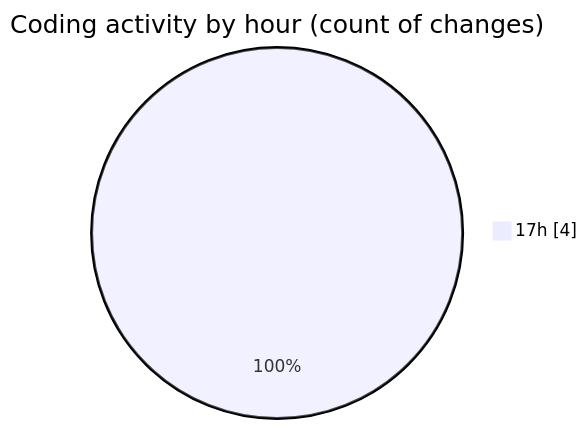
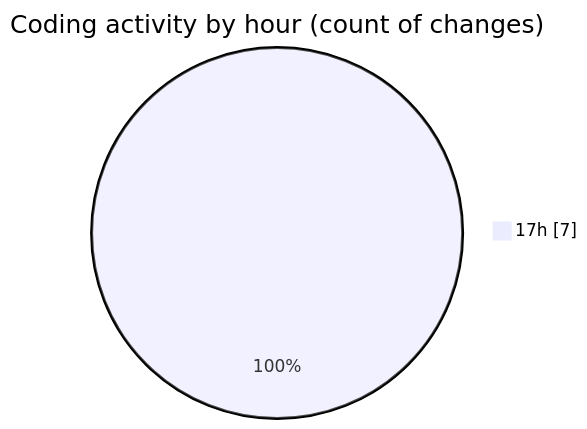
One commit to hasnaa123/code-tracking changed the second of 2 diagrams in 2025-12-21/technologie_web/README.md. Above: the diagram before and after it, drawn with Mermaid. The commit also changed other lines of this file and 1 other file, not shown here.

````diff
--- a/2025-12-21/technologie_web/README.md
+++ b/2025-12-21/technologie_web/README.md
@@ -28,5 +29,5 @@
 ```mermaid
 pie showData
 title Coding activity by hour (count of changes)
-"17h" : 4
+"17h" : 7
 ```
````
